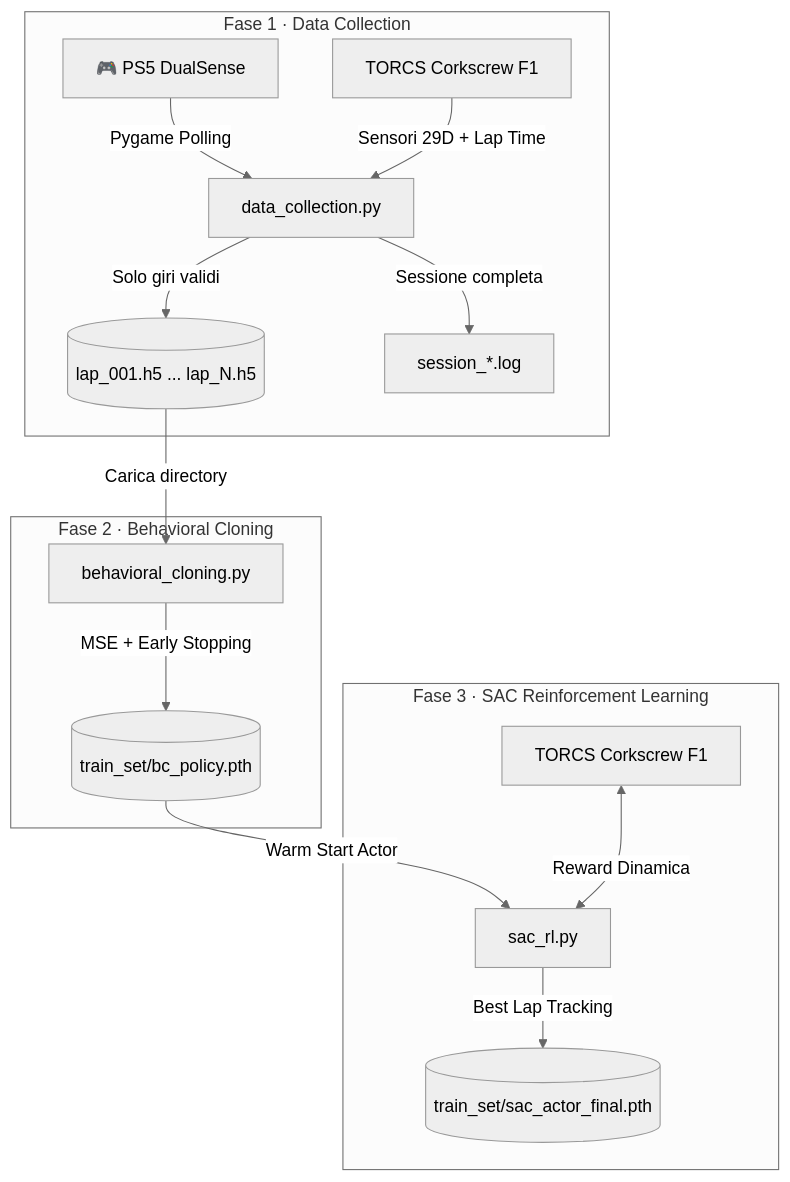
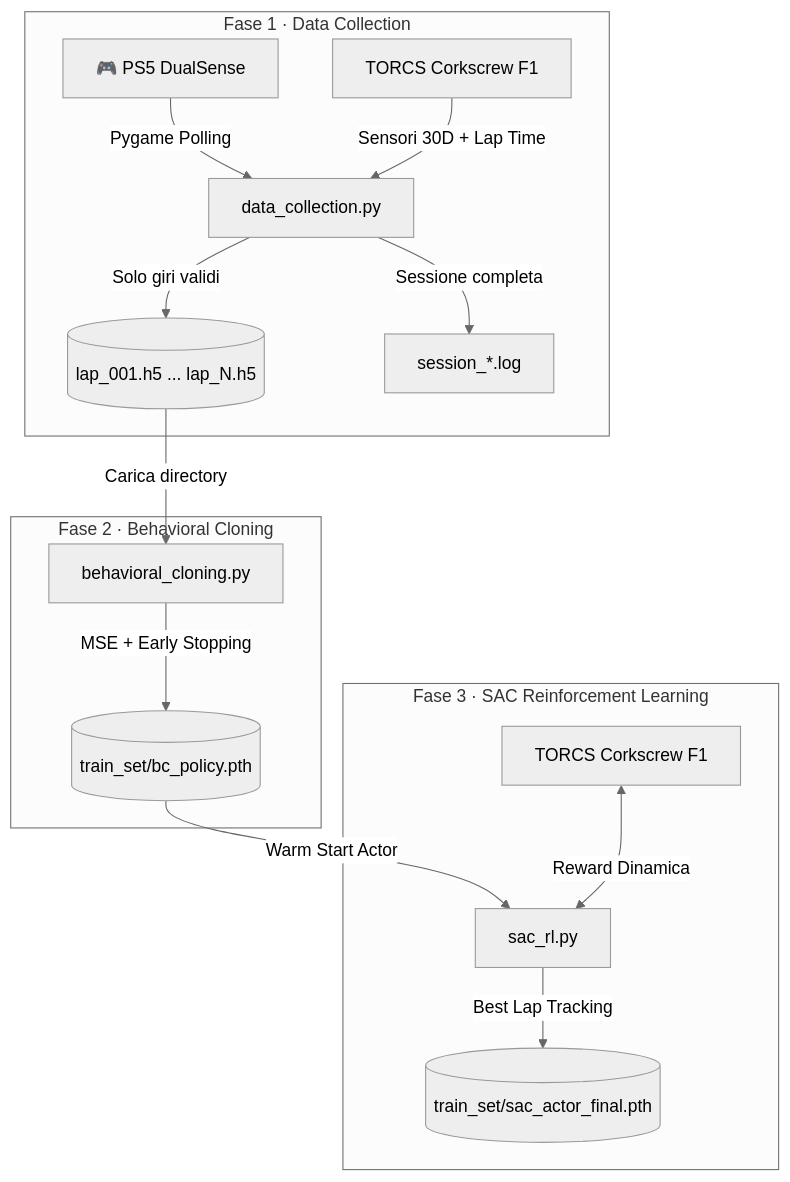
The first of 2 diagrams in README.md (GT2DeathGun005/Iterative-Motors), drawn with Mermaid (neutral theme) before and after one commit. The commit also changed other lines of this file and 4 other files, not shown here.

````diff
--- a/README.md
+++ b/README.md
@@ -15,20 +15,20 @@
 ```mermaid
 graph TD
     subgraph "Fase 1 · Data Collection"
         PS5[🎮 PS5 DualSense] -->|Pygame Polling| DC[data_collection.py]
-        T1[TORCS Corkscrew F1] -->|Sensori 29D + Lap Time| DC
+        T1[TORCS Corkscrew F1] -->|Sensori 30D + Lap Time| DC
         DC -->|Solo giri validi| H5[(lap_001.h5 ... lap_N.h5)]
         DC -->|Sessione completa| LOG[session_*.log]
     end
 
     subgraph "Fase 2 · Behavioral Cloning"
         H5 -->|Carica directory| BC[behavioral_cloning.py]
         BC -->|MSE + Early Stopping| WEIGHTS[(train_set/bc_policy.pth)]
     end
 
     subgraph "Fase 3 · SAC Reinforcement Learning"
         WEIGHTS -->|Warm Start Actor| SAC[sac_rl.py]
         T2[TORCS Corkscrew F1] <-->|Reward Dinamica| SAC
         SAC -->|Best Lap Tracking| FINAL[(train_set/sac_actor_final.pth)]
     end
 ```
````
